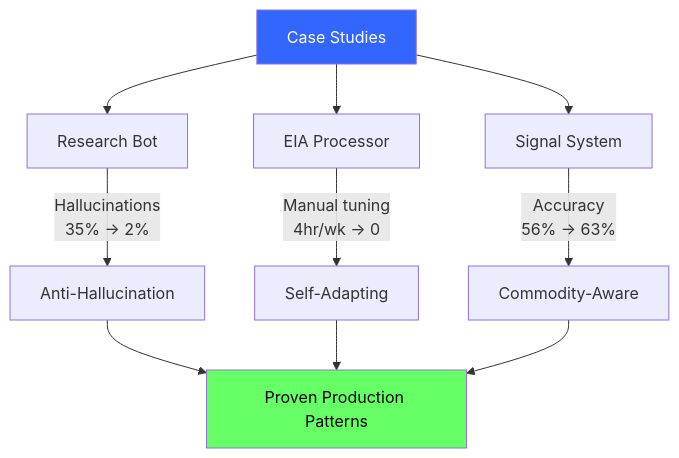
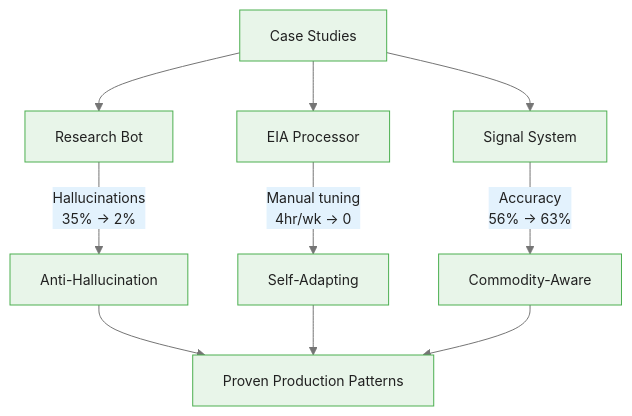
The sixth of 6 diagrams in courses/multi-armed-bandits-ab-testing/modules/module_08_prompt_routing_bandits/guides/04_commodity_research_assistant_slides.md (m-deane/course-creator), drawn with Mermaid before and after one commit. The commit also changed other lines of this file and 146 other files, not shown here.

````diff
--- a/courses/multi-armed-bandits-ab-testing/modules/module_08_prompt_routing_bandits/guides/04_commodity_research_assistant_slides.md
+++ b/courses/multi-armed-bandits-ab-testing/modules/module_08_prompt_routing_bandits/guides/04_commodity_research_assistant_slides.md
@@ -333,15 +353,13 @@
 ```mermaid
+%%{init: {"theme": "base", "themeVariables": {"primaryColor": "#e8f5e9", "primaryBorderColor": "#4caf50", "primaryTextColor": "#212121", "secondaryColor": "#e3f2fd", "tertiaryColor": "#fff8e1", "lineColor": "#757575", "fontFamily": "Inter, sans-serif", "fontSize": "14px"}}}%%
 flowchart TD
     CRA["Case Studies"] --> CS1_v["Research Bot"]
     CRA --> CS2_v["EIA Processor"]
     CRA --> CS3_v["Signal System"]
 
     CS1_v --> |"Hallucinations<br/>35% -> 2%"| Anti["Anti-Hallucination"]
     CS2_v --> |"Manual tuning<br/>4hr/wk -> 0"| Auto["Self-Adapting"]
     CS3_v --> |"Accuracy<br/>56% -> 63%"| Smart["Commodity-Aware"]
 
     Anti & Auto & Smart --> Proven["Proven Production Patterns"]
-
-    style CRA fill:#36f,color:#fff
-    style Proven fill:#6f6,color:#000
 ```
````
